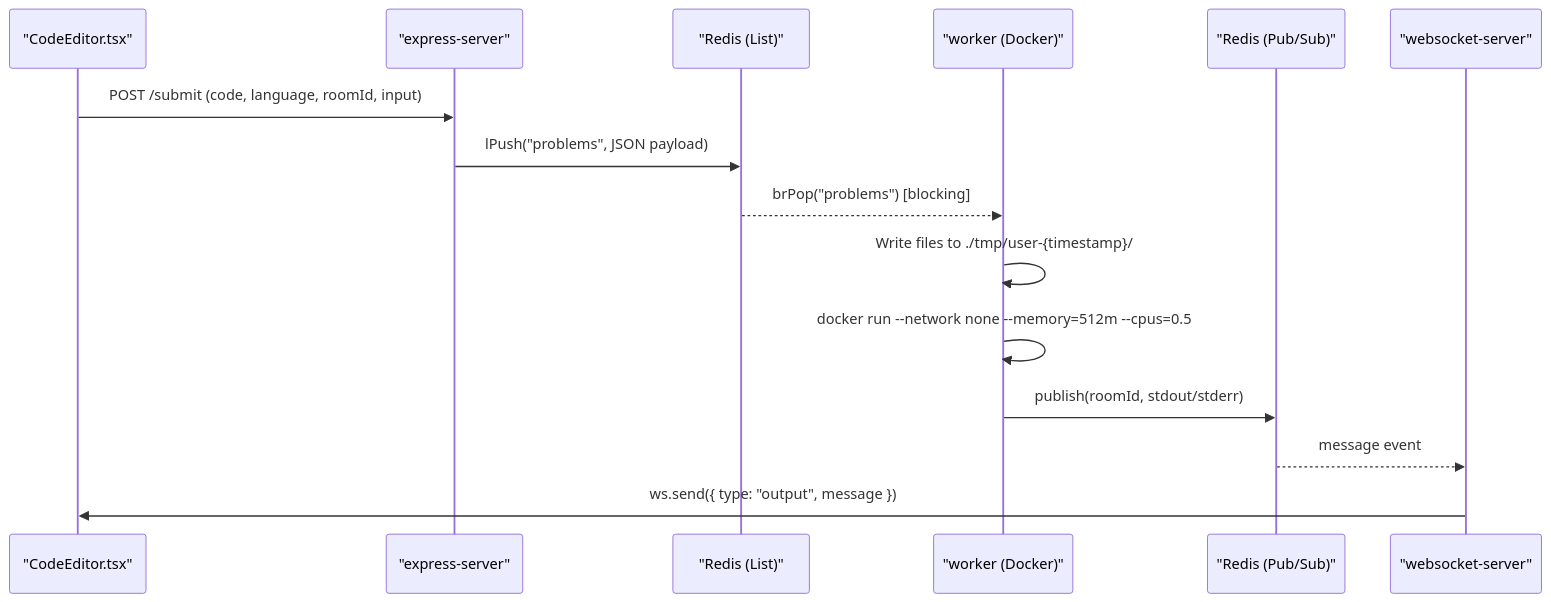
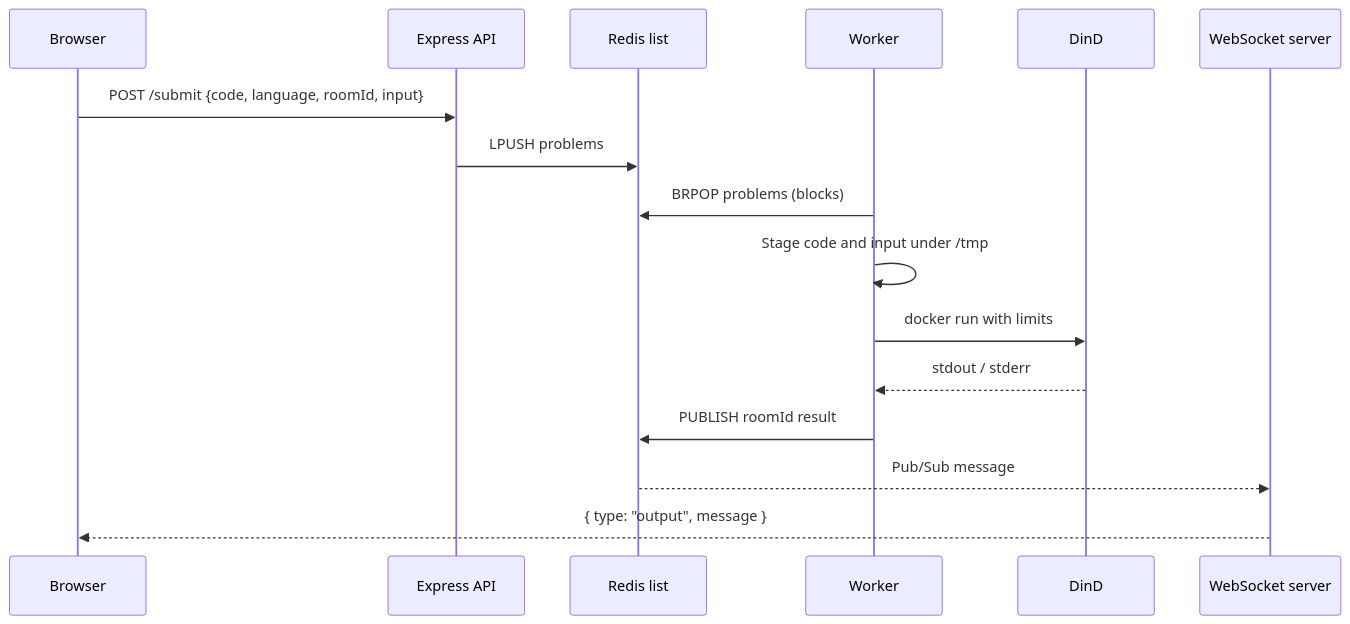
One commit to h8manshuyadav2004-del/CodeCanvas changed the second of 2 diagrams in README.md. Above: the diagram before and after it, drawn with Mermaid. The commit also changed other lines of this file and 2 other files, not shown here.

````diff
--- a/README.md
+++ b/README.md
@@ -191,18 +63,18 @@
 ```mermaid
 sequenceDiagram
-    participant FE as "CodeEditor.tsx"
-    participant EX as "express-server"
-    participant RD as "Redis (List)"
-    participant WK as "worker (Docker)"
-    participant PS as "Redis (Pub/Sub)"
-    participant WS as "websocket-server"
-
-    FE->>EX: POST /submit (code, language, roomId, input)
-    EX->>RD: lPush("problems", JSON payload)
-    RD-->>WK: brPop("problems") [blocking]
-    WK->>WK: Write files to ./tmp/user-{timestamp}/
-    WK->>WK: docker run --network none --memory=512m --cpus=0.5
-    WK->>PS: publish(roomId, stdout/stderr)
-    PS-->>WS: message event
-    WS->>FE: ws.send({ type: "output", message })
+  participant C as Browser
+  participant A as Express API
+  participant R as Redis list
+  participant W as Worker
+  participant D as DinD
+  participant S as WebSocket server
+  C->>A: POST /submit {code, language, roomId, input}
+  A->>R: LPUSH problems
+  W->>R: BRPOP problems (blocks)
+  W->>W: Stage code and input under /tmp
+  W->>D: docker run with limits
+  D-->>W: stdout / stderr
+  W->>R: PUBLISH roomId result
+  R-->>S: Pub/Sub message
+  S-->>C: { type: "output", message }
 ```
````
